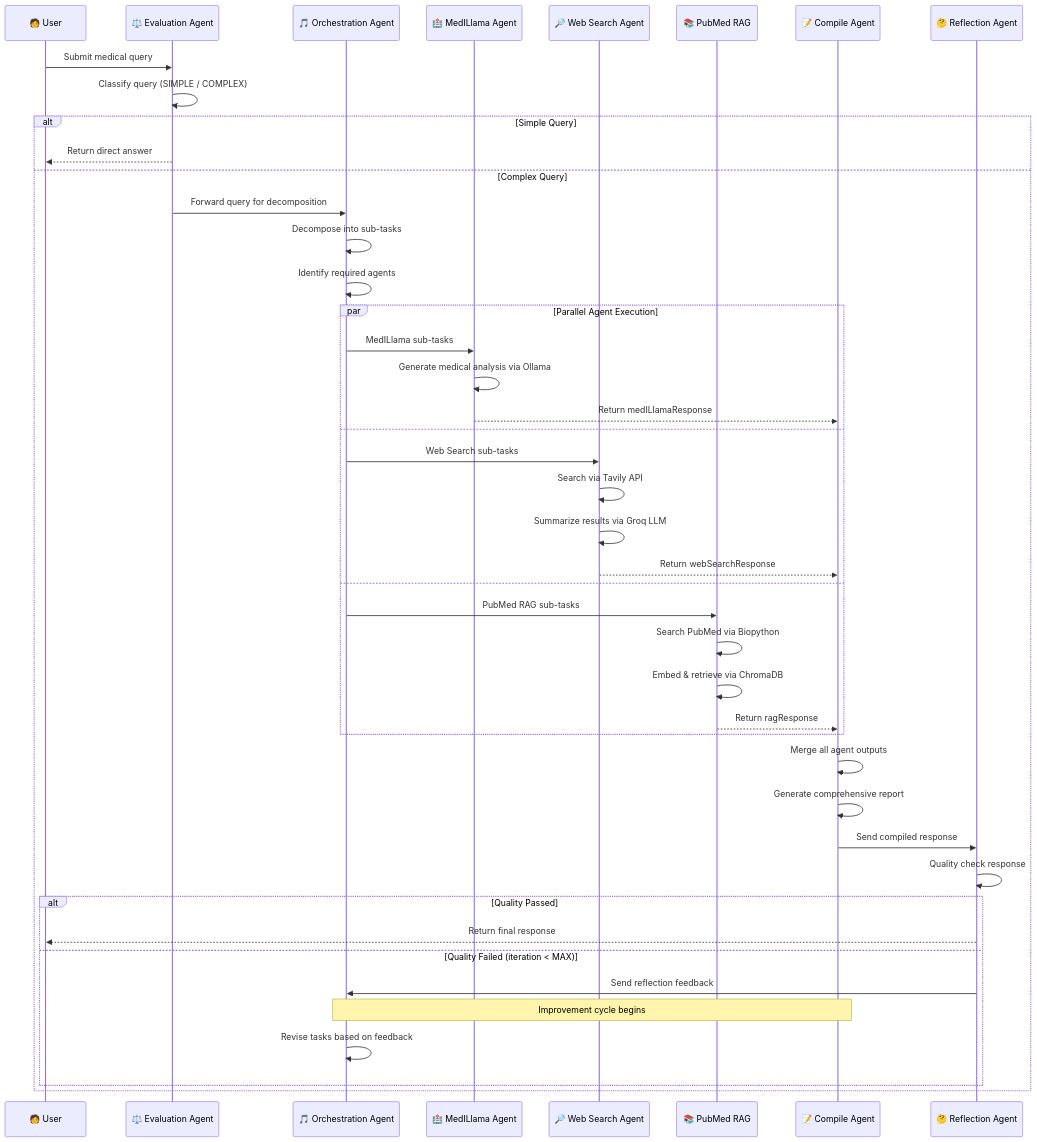
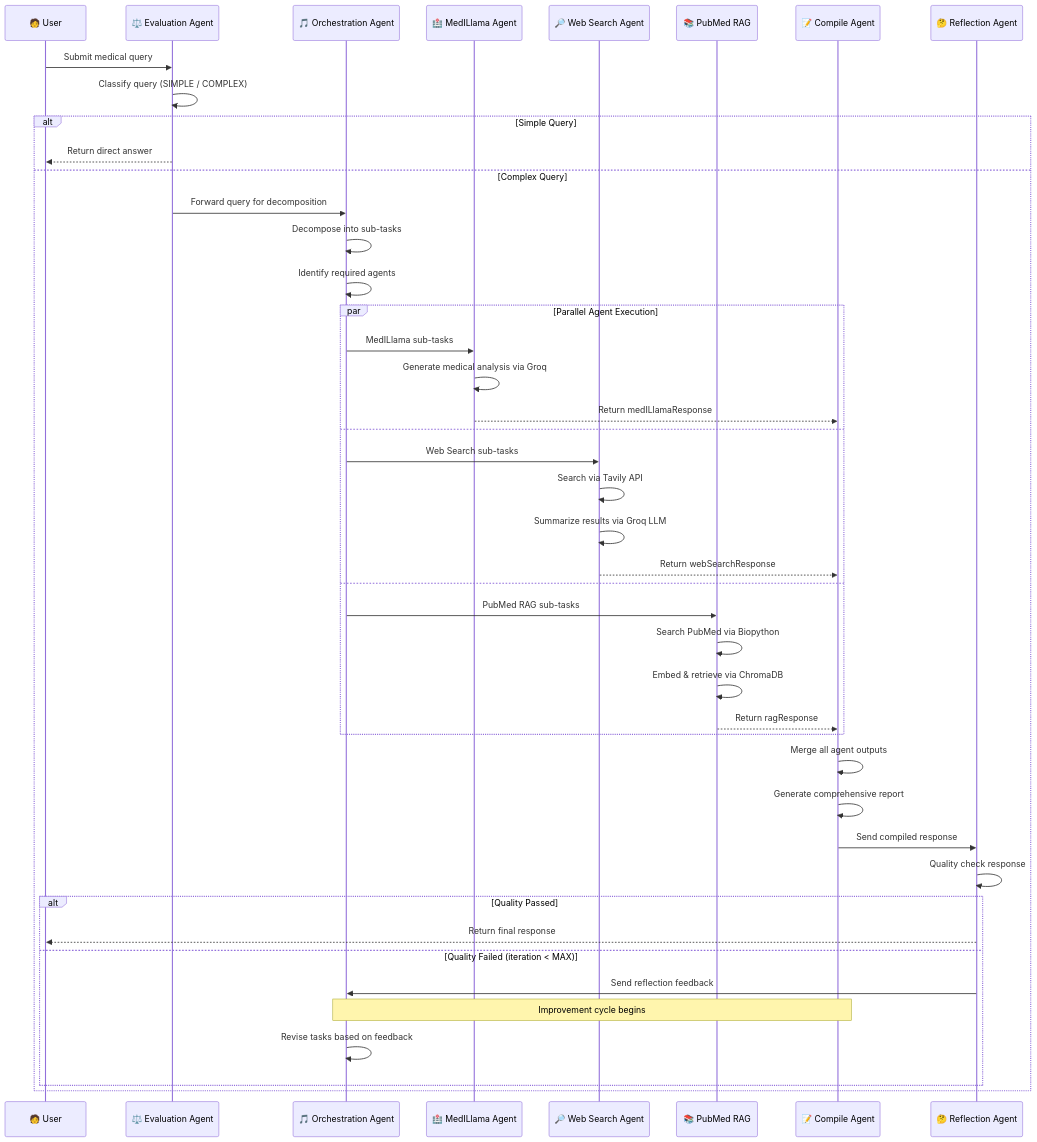
Before and after one commit to Mohammed-saber1/MedAgent: the second of 3 diagrams in readme.md, drawn with Mermaid. The commit also changed other lines of this file and 11 other files, not shown here.

````diff
--- a/readme.md
+++ b/readme.md
@@ -141,51 +141,51 @@
 ```mermaid
 sequenceDiagram
     participant U as 🧑 User
     participant EV as ⚖️ Evaluation Agent
     participant OR as 🎵 Orchestration Agent
     participant ML as 🏥 MedILlama Agent
     participant WS as 🔎 Web Search Agent
     participant RAG as 📚 PubMed RAG
     participant CO as 📝 Compile Agent
     participant RE as 🤔 Reflection Agent
 
     U->>EV: Submit medical query
     EV->>EV: Classify query (SIMPLE / COMPLEX)
 
     alt Simple Query
         EV-->>U: Return direct answer
     else Complex Query
         EV->>OR: Forward query for decomposition
         OR->>OR: Decompose into sub-tasks
         OR->>OR: Identify required agents
 
         par Parallel Agent Execution
             OR->>ML: MedILlama sub-tasks
-            ML->>ML: Generate medical analysis via Ollama
+            ML->>ML: Generate medical analysis via Groq
             ML-->>CO: Return medILlamaResponse
         and
             OR->>WS: Web Search sub-tasks
             WS->>WS: Search via Tavily API
             WS->>WS: Summarize results via Groq LLM
             WS-->>CO: Return webSearchResponse
         and
             OR->>RAG: PubMed RAG sub-tasks
             RAG->>RAG: Search PubMed via Biopython
             RAG->>RAG: Embed & retrieve via ChromaDB
             RAG-->>CO: Return ragResponse
         end
 
         CO->>CO: Merge all agent outputs
         CO->>CO: Generate comprehensive report
         CO->>RE: Send compiled response
 
         RE->>RE: Quality check response
         alt Quality Passed
             RE-->>U: Return final response
         else Quality Failed (iteration < MAX)
             RE->>OR: Send reflection feedback
             Note over OR,CO: Improvement cycle begins
             OR->>OR: Revise tasks based on feedback
         end
     end
 ```
````
